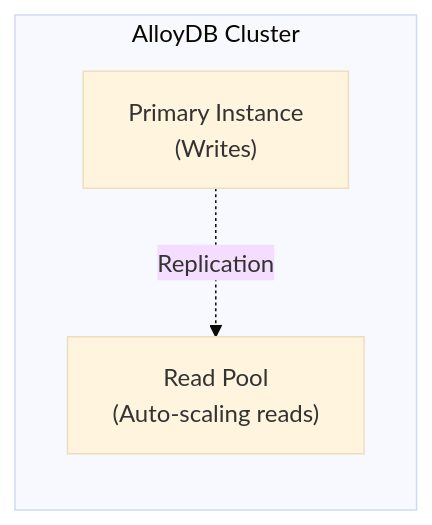
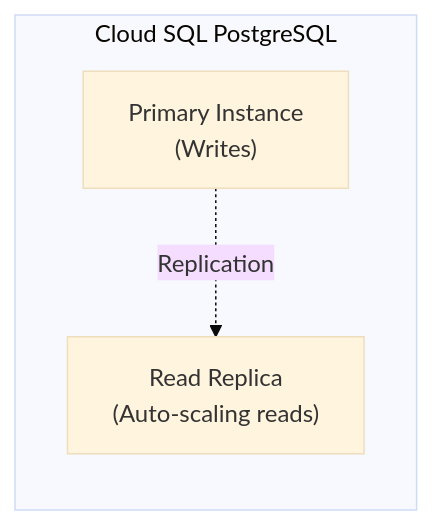
Before and after one commit to Nexus-chat-5039/Nexus-chat: diagram 13 of 24 in ARCHITECTURE.md, drawn with Mermaid (base theme). The commit also changed other lines of this file and 38 other files, not shown here.

Commit message:
feat: implement minimal architecture with custom JWT auth

````diff
--- a/ARCHITECTURE.md
+++ b/ARCHITECTURE.md
@@ -890,9 +918,9 @@
 ```mermaid
 graph LR
-    subgraph AlloyDB["AlloyDB Cluster"]
+    subgraph CloudSQL["Cloud SQL PostgreSQL"]
         PRI["Primary Instance\n(Writes)"]
-        RP["Read Pool\n(Auto-scaling reads)"]
+        RP["Read Replica\n(Auto-scaling reads)"]
         
         PRI -.->|Replication| RP
     end
 ```
````
